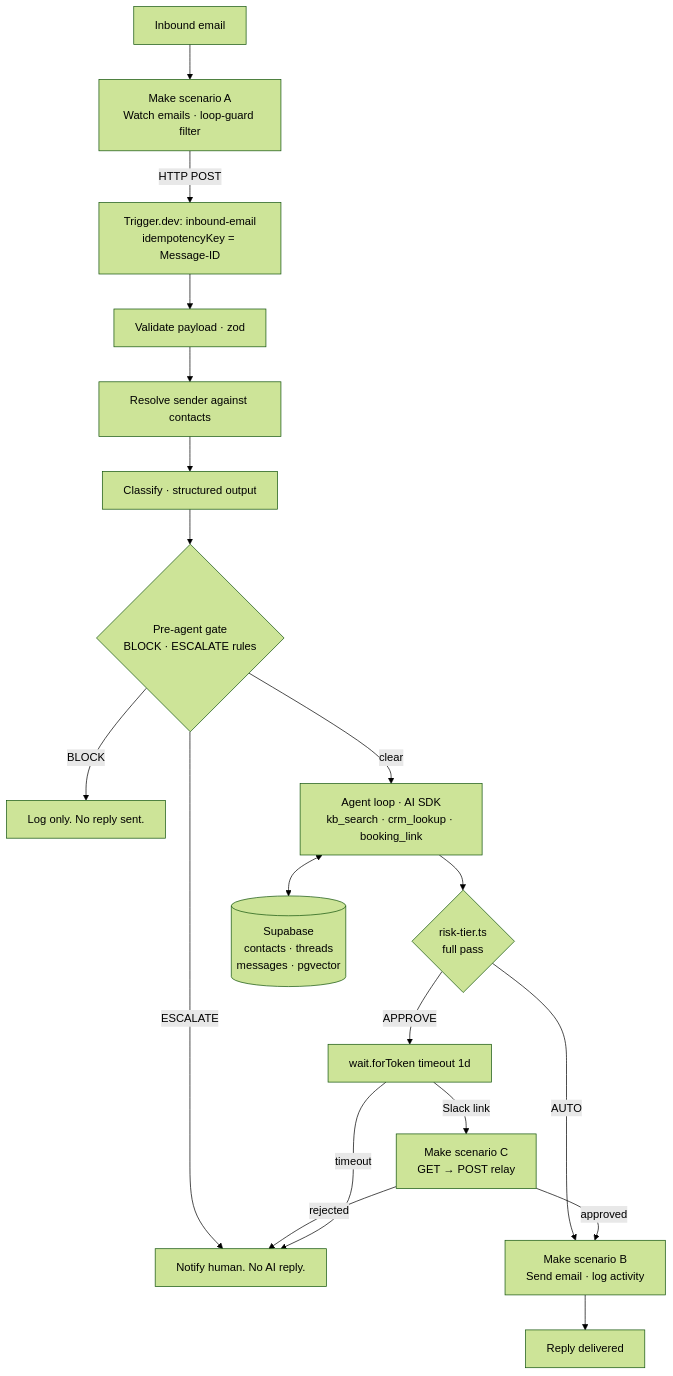
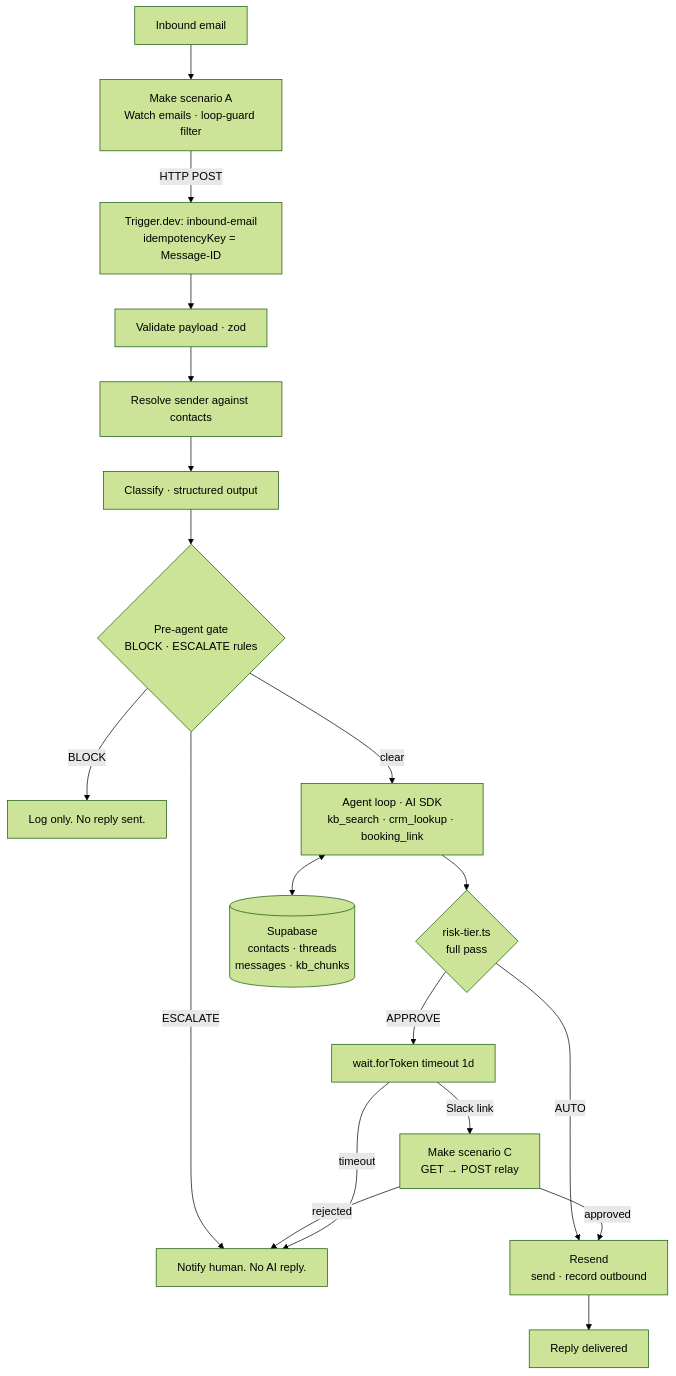
The diagram in README.md (FucciUnavailable/mailroom-helper), drawn with Mermaid (forest theme) before and after one commit. The commit also changed other lines of this file and 2 other files, not shown here.

First line of the commit message:
docs: rewrite the split around Resend, FTS, and the deploy step

````diff
--- a/README.md
+++ b/README.md
@@ -20,27 +27,27 @@
 ```mermaid
 flowchart TD
     A[Inbound email] --> B["Make scenario A<br/>Watch emails · loop-guard filter"]
     B -->|HTTP POST| C["Trigger.dev: inbound-email<br/>idempotencyKey = Message-ID"]
 
     C --> D[Validate payload · zod]
     D --> E[Resolve sender against contacts]
     E --> F[Classify · structured output]
 
     F --> P{"Pre-agent gate<br/>BLOCK · ESCALATE rules"}
     P -->|BLOCK| I[Log only. No reply sent.]
     P -->|ESCALATE| J[Notify human. No AI reply.]
     P -->|clear| G["Agent loop · AI SDK<br/>kb_search · crm_lookup · booking_link"]
 
     G --> H{"risk-tier.ts<br/>full pass"}
     H -->|APPROVE| K["wait.forToken timeout 1d"]
-    H -->|AUTO| L["Make scenario B<br/>Send email · log activity"]
+    H -->|AUTO| L["Resend<br/>send · record outbound"]
 
     K -->|Slack link| R["Make scenario C<br/>GET → POST relay"]
     R -->|approved| L
     R -->|rejected| J
     K -->|timeout| J
 
-    G <--> M[(Supabase<br/>contacts · threads<br/>messages · pgvector)]
+    G <--> M[(Supabase<br/>contacts · threads<br/>messages · kb_chunks)]
 
     L --> N[Reply delivered]
 ```
````
